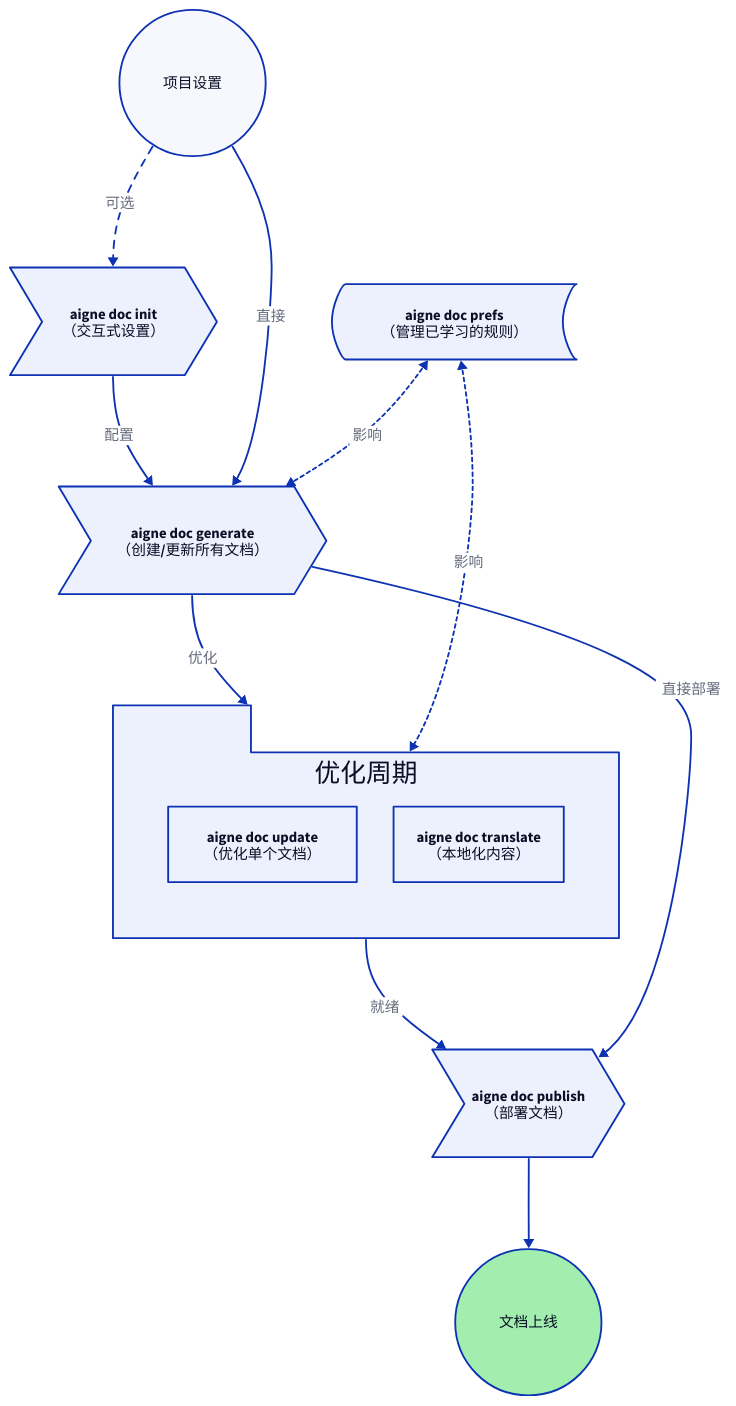
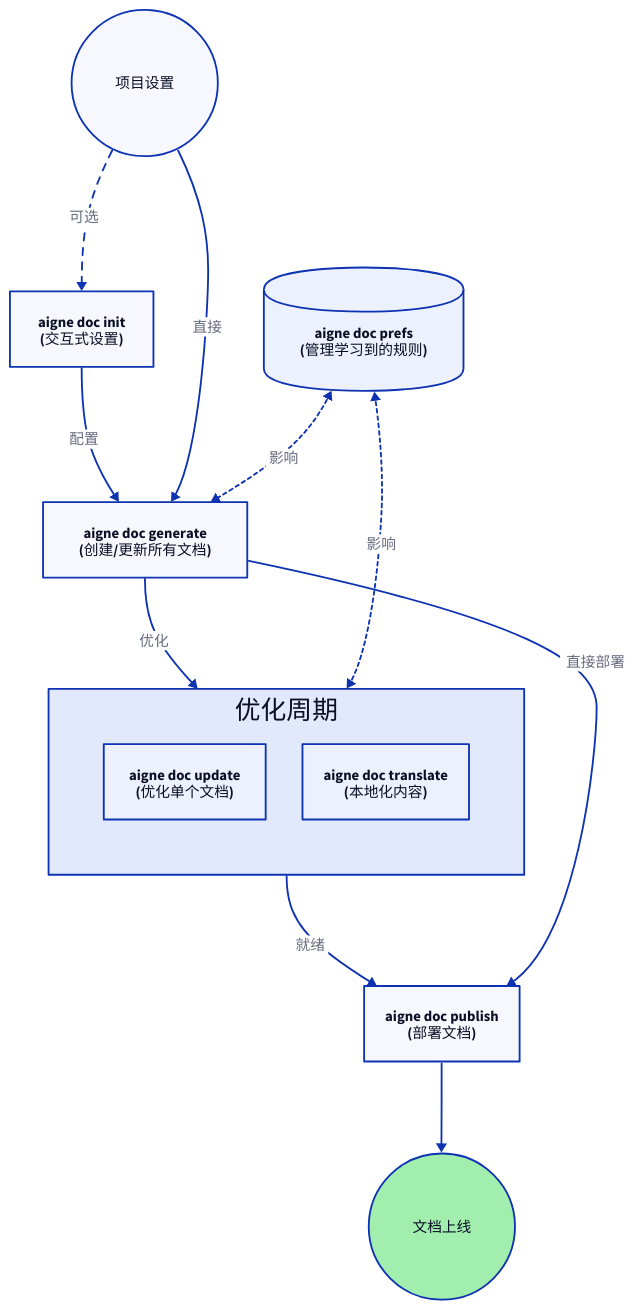
One commit to AIGNE-io/aigne-doc-smith changed the diagram in docs/cli-reference.zh.md. Above: the diagram before and after it, drawn with D2. The commit also changed other lines of this file and 35 other files, not shown here.

````diff
--- a/docs/cli-reference.zh.md
+++ b/docs/cli-reference.zh.md
@@ -19,64 +15,64 @@
 ```d2
 direction: down
 
 Start: {
   label: "项目设置"
   shape: circle
 }
 
 init: {
-  label: "aigne doc init\n（交互式设置）"
-  shape: step
+  label: "aigne doc init\n(交互式设置)"
+  shape: rectangle
 }
 
 generate: {
-  label: "aigne doc generate\n（创建/更新所有文档）"
-  shape: step
+  label: "aigne doc generate\n(创建/更新所有文档)"
+  shape: rectangle
 }
 
 refinement-cycle: {
   label: "优化周期"
-  shape: package
+  shape: rectangle
   grid-columns: 2
 
   update: {
-    label: "aigne doc update\n（优化单个文档）"
+    label: "aigne doc update\n(优化单个文档)"
   }
   translate: {
-    label: "aigne doc translate\n（本地化内容）"
+    label: "aigne doc translate\n(本地化内容)"
   }
 }
 
 publish: {
-  label: "aigne doc publish\n（部署文档）"
-  shape: step
+  label: "aigne doc publish\n(部署文档)"
+  shape: rectangle
 }
 
 End: {
   label: "文档上线"
   shape: circle
   style.fill: "#a2eeaf"
 }
 
 prefs: {
-  label: "aigne doc prefs\n（管理已学习的规则）"
-  shape: stored_data
+  label: "aigne doc prefs\n(管理学习到的规则)"
+  shape: cylinder
 }
 
 Start -> init: "可选" {
   style.stroke-dash: 4
 }
 init -> generate: "配置"
 Start -> generate: "直接"
 generate -> refinement-cycle: "优化"
 refinement-cycle -> publish: "就绪"
 generate -> publish: "直接部署"
 publish -> End
 
 prefs <-> generate: "影响" {
   style.stroke-dash: 2
 }
 prefs <-> refinement-cycle: "影响" {
   style.stroke-dash: 2
 }
 ```
````
